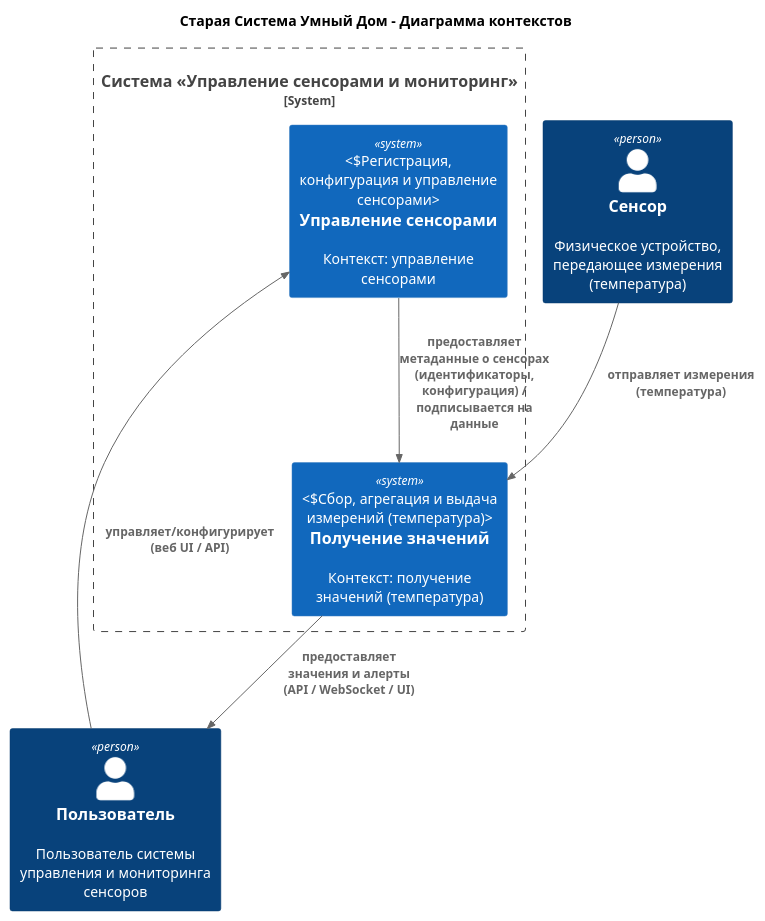
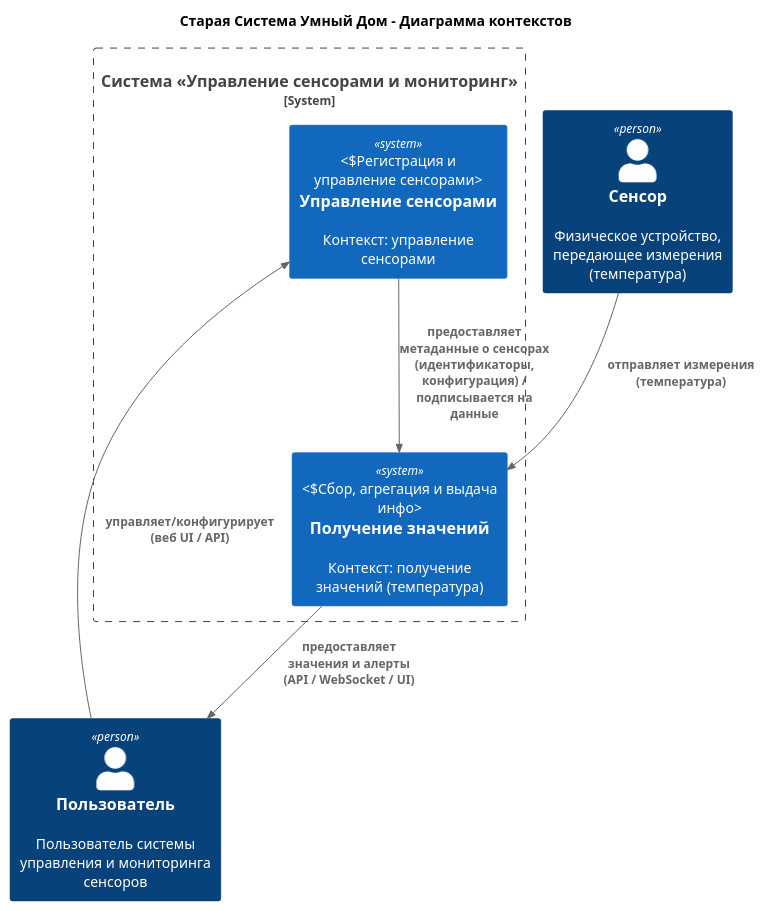
The diagram in diagrams/context/asis_ddd.puml (mironsv/architecture-warmhouse), drawn with PlantUML before and after one commit. The commit also changed 5 other files, not shown here.

```diff
--- a/diagrams/context/asis_ddd.puml
+++ b/diagrams/context/asis_ddd.puml
@@ -1,18 +1,18 @@
 @startuml as_is_ddd
 title Старая Система Умный Дом - Диаграмма контекстов
 !includeurl https://raw.githubusercontent.com/plantuml-stdlib/C4-PlantUML/master/C4_Context.puml
 
 Person(user, "Пользователь", "Пользователь системы управления и мониторинга сенсоров")
 Person(sensor_device, "Сенсор", "Физическое устройство, передающее измерения (температура)")
 
 System_Boundary(system, "Система «Управление сенсорами и мониторинг»") {
-    System(s1, "Управление сенсорами", "Контекст: управление сенсорами", "Регистрация, конфигурация и управление сенсорами")
-    System(s2, "Получение значений", "Контекст: получение значений (температура)", "Сбор, агрегация и выдача измерений (температура)")
+    System(s1, "Управление сенсорами", "Контекст: управление сенсорами", "Регистрация и управление сенсорами")
+    System(s2, "Получение значений", "Контекст: получение значений (температура)", "Сбор, агрегация и выдача инфо")
 }
 
 Rel(user, s1, "управляет/конфигурирует\n(веб UI / API)")
 Rel(sensor_device, s2, "отправляет измерения\n(температура)")
 Rel(s1, s2, "предоставляет метаданные о сенсорах\n(идентификаторы, конфигурация) / подписывается на данные")
 Rel(s2, user, "предоставляет значения и алерты\n(API / WebSocket / UI)")
 
 @enduml
```
